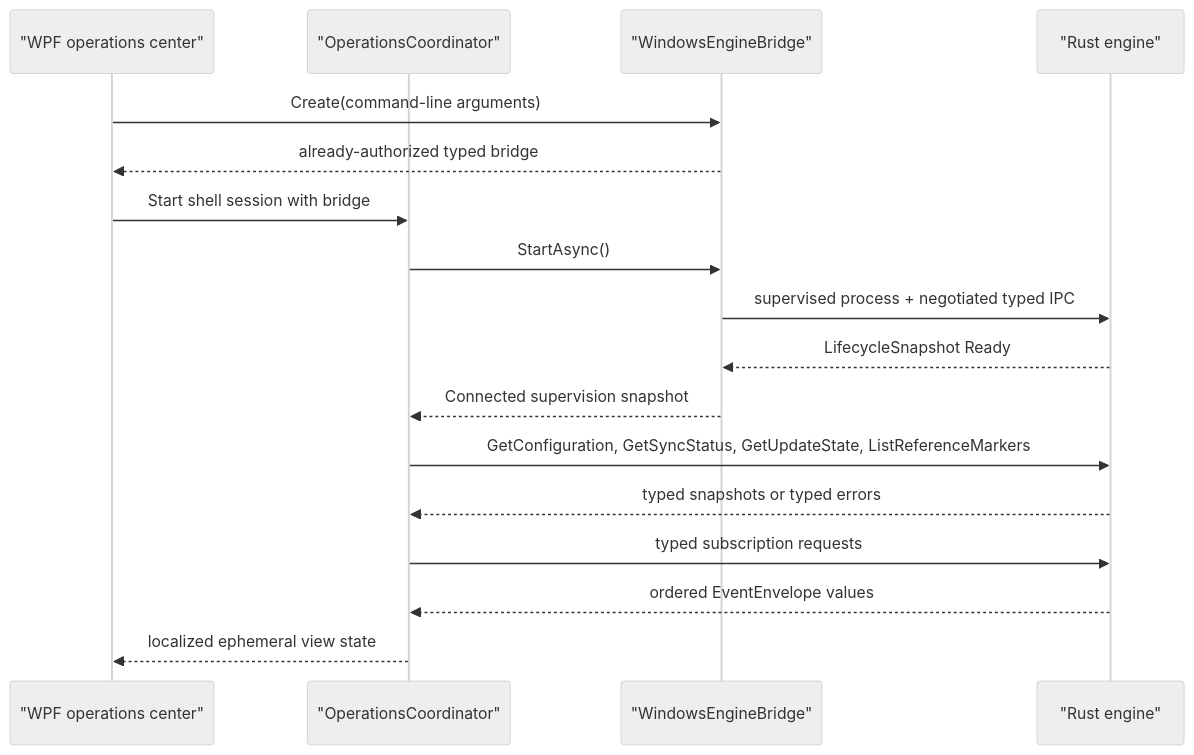
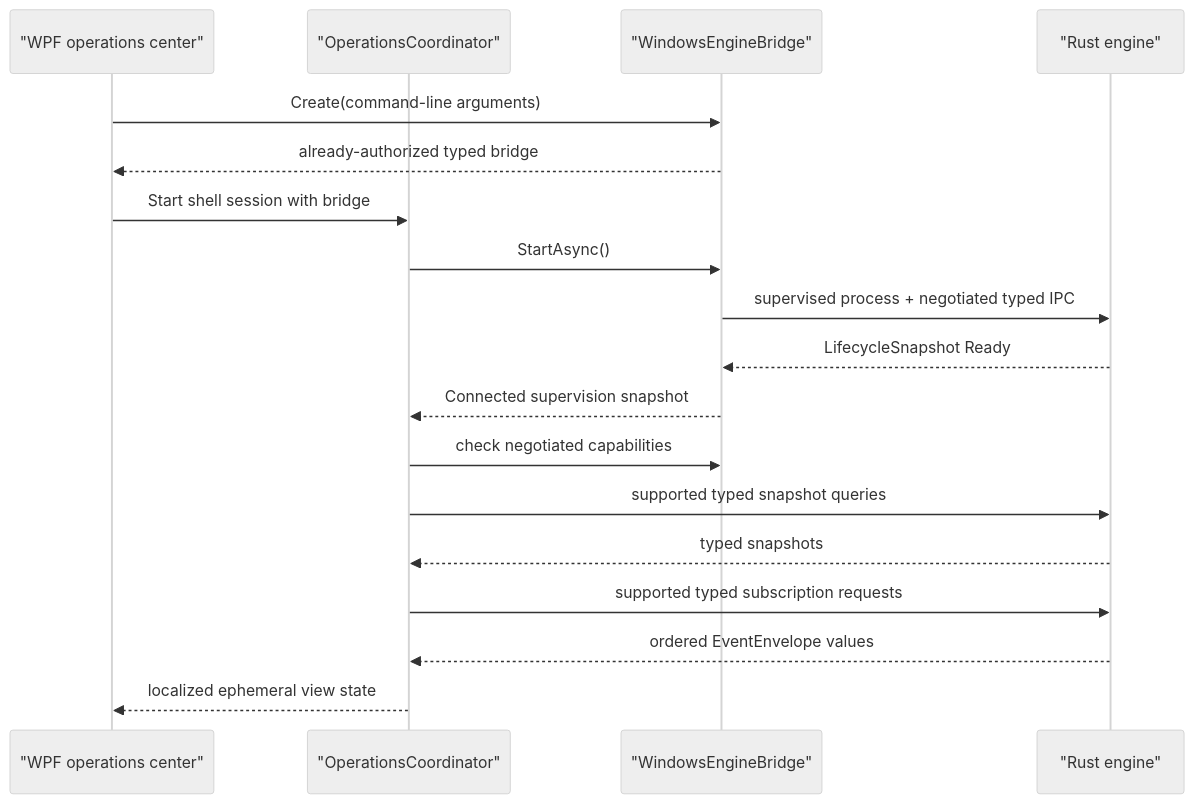
The diagram in docs/developer/subsystems/windows-native-shell.md (HusseinBaraja/Eitmad), drawn with Mermaid (neutral theme) before and after one commit. The commit also changed other lines of this file and 7 other files, not shown here.

Commit message:
fix(windows): honor negotiated capabilities

````diff
--- a/docs/developer/subsystems/windows-native-shell.md
+++ b/docs/developer/subsystems/windows-native-shell.md
@@ -38,19 +38,20 @@
 ```mermaid
 sequenceDiagram
     participant UI as "WPF operations center"
     participant Coordinator as "OperationsCoordinator"
     participant Adapter as "WindowsEngineBridge"
     participant Engine as "Rust engine"
     UI->>Adapter: Create(command-line arguments)
     Adapter-->>UI: already-authorized typed bridge
     UI->>Coordinator: Start shell session with bridge
     Coordinator->>Adapter: StartAsync()
     Adapter->>Engine: supervised process + negotiated typed IPC
     Engine-->>Adapter: LifecycleSnapshot Ready
     Adapter-->>Coordinator: Connected supervision snapshot
-    Coordinator->>Engine: GetConfiguration, GetSyncStatus, GetUpdateState, ListReferenceMarkers
-    Engine-->>Coordinator: typed snapshots or typed errors
-    Coordinator->>Engine: typed subscription requests
+    Coordinator->>Adapter: check negotiated capabilities
+    Coordinator->>Engine: supported typed snapshot queries
+    Engine-->>Coordinator: typed snapshots
+    Coordinator->>Engine: supported typed subscription requests
     Engine-->>Coordinator: ordered EventEnvelope values
     Coordinator-->>UI: localized ephemeral view state
 ```
````
